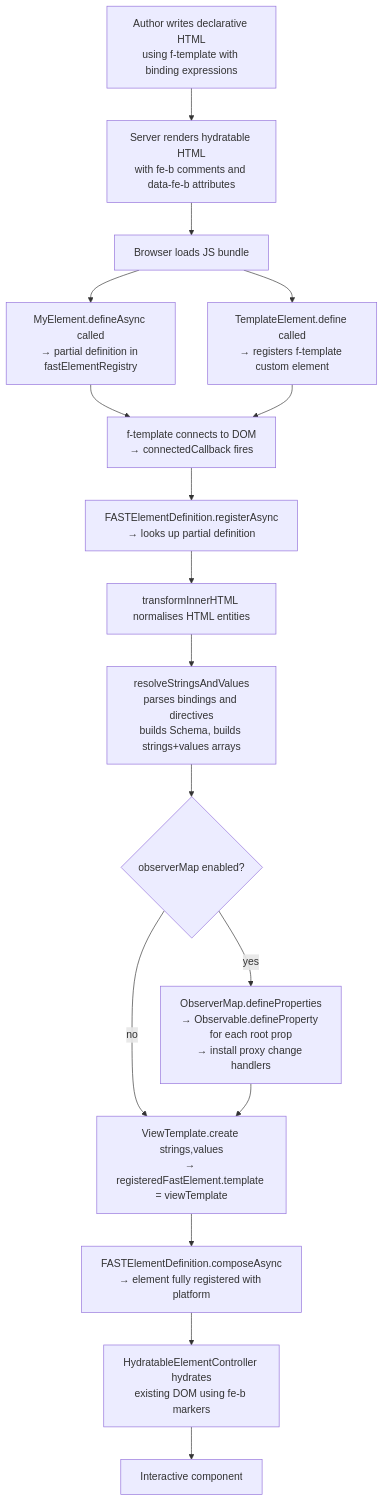
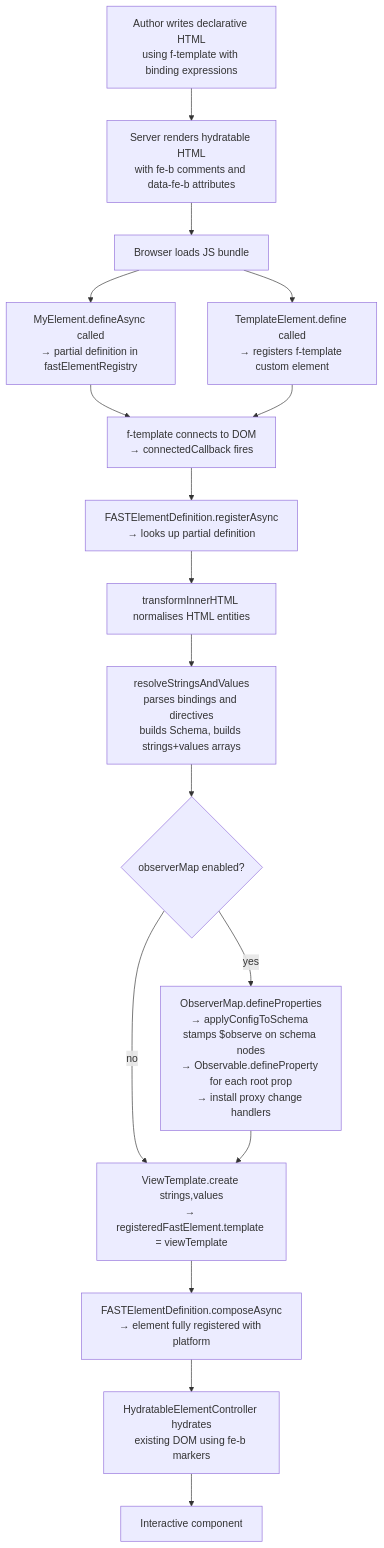
One commit to microsoft/fast changed the first of 4 diagrams in packages/fast-html/DESIGN.md. Above: the diagram before and after it, drawn with Mermaid. The commit also changed other lines of this file and 17 other files, not shown here.

First line of the commit message:
feat: add properties path tree to ObserverMapConfig in fast-html (#7448)

````diff
--- a/packages/fast-html/DESIGN.md
+++ b/packages/fast-html/DESIGN.md
@@ -196,18 +243,18 @@
 ```mermaid
 flowchart TD
     A["Author writes declarative HTML\nusing f-template with binding expressions"] --> B["Server renders hydratable HTML\nwith fe-b comments and data-fe-b attributes"]
     B --> C[Browser loads JS bundle]
     C --> D["MyElement.defineAsync called\n→ partial definition in fastElementRegistry"]
     C --> E["TemplateElement.define called\n→ registers f-template custom element"]
     D & E --> F["f-template connects to DOM\n→ connectedCallback fires"]
     F --> G["FASTElementDefinition.registerAsync\n→ looks up partial definition"]
     G --> H[transformInnerHTML normalises HTML entities]
     H --> I["resolveStringsAndValues\nparses bindings and directives\nbuilds Schema, builds strings+values arrays"]
     I --> J{observerMap enabled?}
-    J -- yes --> K["ObserverMap.defineProperties\n→ Observable.defineProperty for each root prop\n→ install proxy change handlers"]
+    J -- yes --> K["ObserverMap.defineProperties\n→ applyConfigToSchema stamps $observe on schema nodes\n→ Observable.defineProperty for each root prop\n→ install proxy change handlers"]
     J -- no --> L
     K --> L["ViewTemplate.create strings,values\n→ registeredFastElement.template = viewTemplate"]
     L --> M["FASTElementDefinition.composeAsync\n→ element fully registered with platform"]
     M --> N["HydratableElementController hydrates\nexisting DOM using fe-b markers"]
     N --> O[Interactive component]
 ```
````
